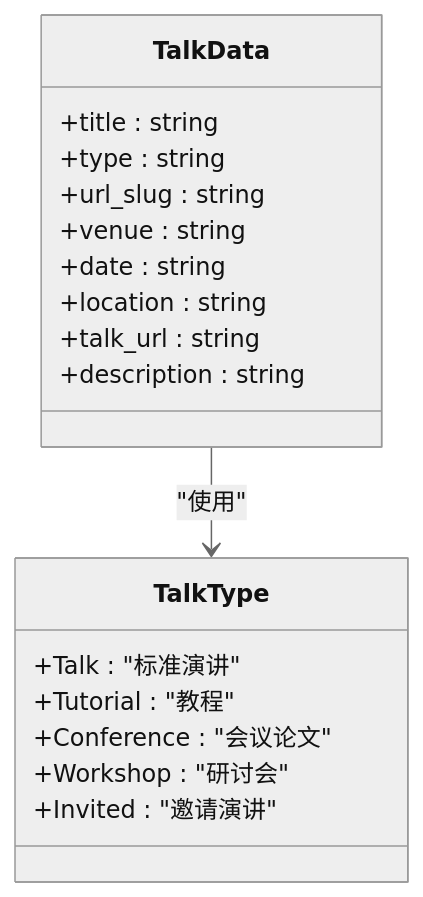
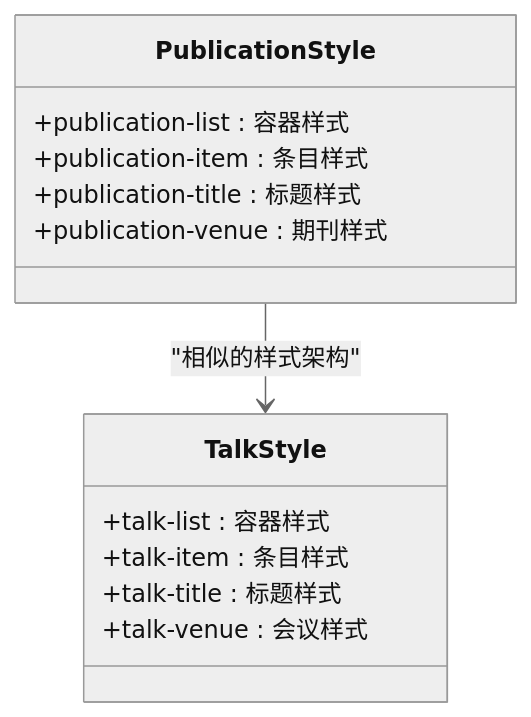
One commit to CoolPig0720/CoolPig0720.github.io changed the sixth of 9 diagrams in .qoder/repowiki/zh/content/数据处理和自动化/Python 数据处理脚本.md. Above: the diagram before and after it, drawn with Mermaid (neutral theme). The commit also changed other lines of this file and 36 other files, not shown here.

````diff
--- a/.qoder/repowiki/zh/content/数据处理和自动化/Python 数据处理脚本.md
+++ b/.qoder/repowiki/zh/content/数据处理和自动化/Python 数据处理脚本.md
@@ -296,21 +237,16 @@
 ```mermaid
 classDiagram
-class TalkType {
-+Talk : "标准演讲"
-+Tutorial : "教程"
-+Conference : "会议论文"
-+Workshop : "研讨会"
-+Invited : "邀请演讲"
+class PublicationStyle {
++publication-list : 容器样式
++publication-item : 条目样式
++publication-title : 标题样式
++publication-venue : 期刊样式
 }
-class TalkData {
-+title : string
-+type : string
-+url_slug : string
-+venue : string
-+date : string
-+location : string
-+talk_url : string
-+description : string
+class TalkStyle {
++talk-list : 容器样式
++talk-item : 条目样式
++talk-title : 标题样式
++talk-venue : 会议样式
 }
-TalkData --> TalkType : "使用"
+PublicationStyle --> TalkStyle : "相似的样式架构"
 ```
````
